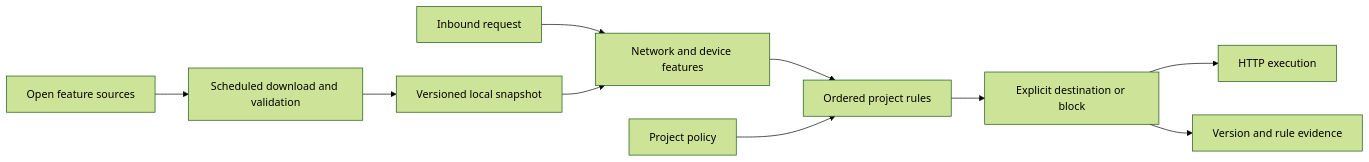
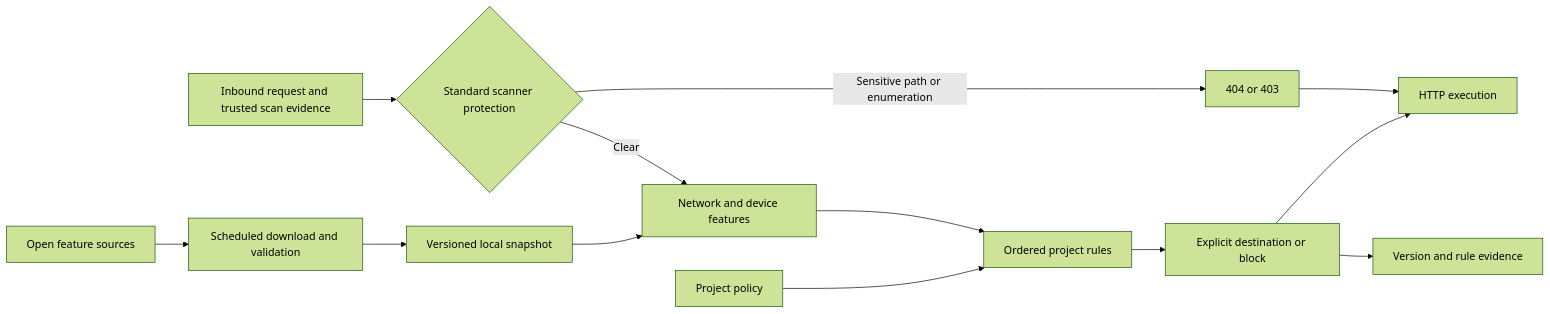
One commit to imphillip/radixing-traffic-engine changed the diagram in README.md. Above: the diagram before and after it, drawn with Mermaid (forest theme). The commit also changed other lines of this file and 20 other files, not shown here.

Commit message:
feat: make scanner protection standard in TDS 1.1.0

````diff
--- a/README.md
+++ b/README.md
@@ -12,12 +12,15 @@
 ```mermaid
 flowchart LR
   Sources[Open feature sources] --> Update[Scheduled download and validation]
   Update --> Snapshot[Versioned local snapshot]
-  Request[Inbound request] --> Features[Network and device features]
+  Request[Inbound request and trusted scan evidence] --> Guard{Standard scanner protection}
+  Guard -->|Clear| Features[Network and device features]
+  Guard -->|Sensitive path or enumeration| Block[404 or 403]
+  Block --> HTTP
   Snapshot --> Features
   Features --> Rules[Ordered project rules]
   Policy[Project policy] --> Rules
   Rules --> Decision[Explicit destination or block]
   Decision --> HTTP[HTTP execution]
   Decision --> Audit[Version and rule evidence]
 ```
````
